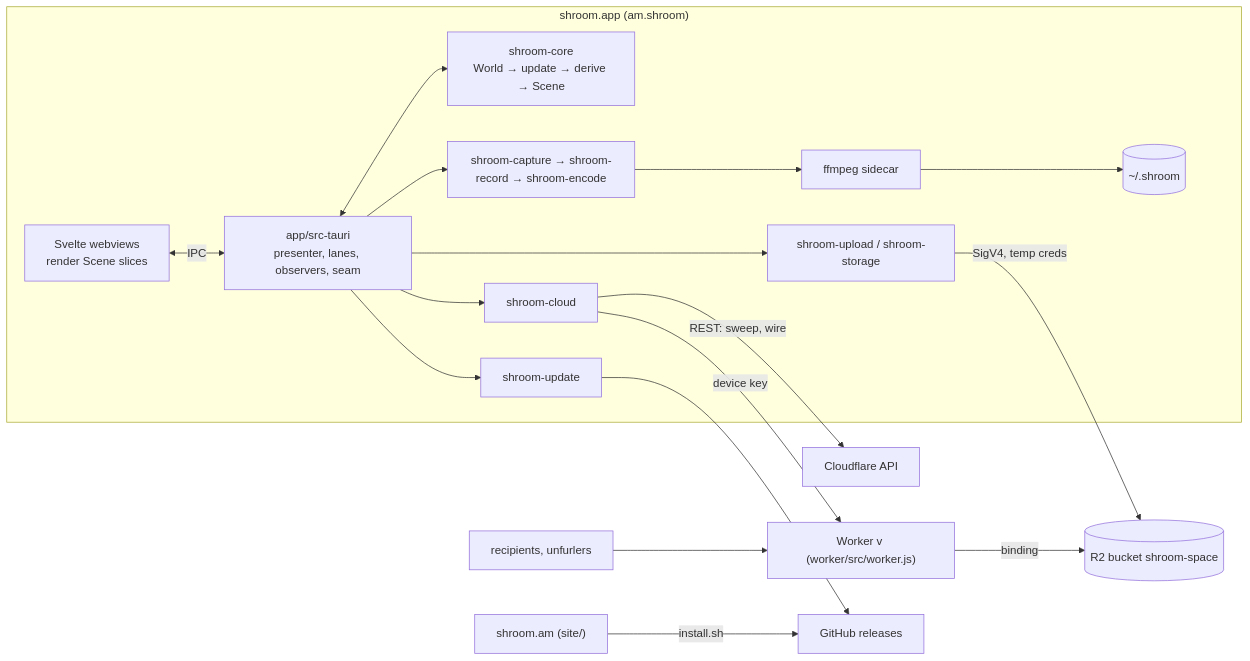
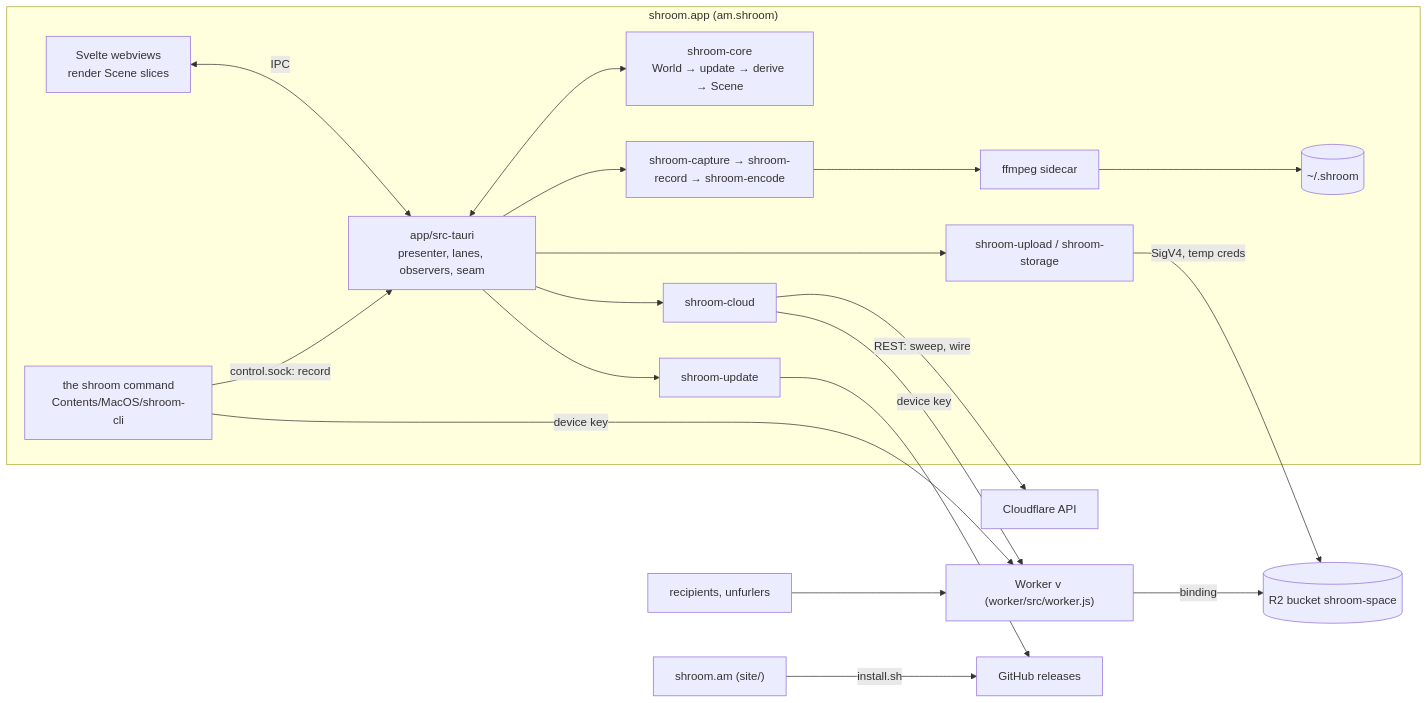
Before and after one commit to bagrat/shroom: the diagram in docs/ARCHITECTURE.md, drawn with Mermaid. The commit also changed other lines of this file and 3 other files, not shown here.

First line of the commit message:
docs: the shroom command in the architecture, the Worker's interface, the plan and the status

````diff
--- a/docs/ARCHITECTURE.md
+++ b/docs/ARCHITECTURE.md
@@ -30,18 +30,20 @@
 ```mermaid
 flowchart LR
   subgraph Mac["shroom.app (am.shroom)"]
     UI["Svelte webviews<br/>render Scene slices"] <-->|IPC| Shell["app/src-tauri<br/>presenter, lanes, observers, seam"]
     Shell <--> Core["shroom-core<br/>World → update → derive → Scene"]
     Shell --> Rec["shroom-capture → shroom-record → shroom-encode"] --> FF["ffmpeg sidecar"] --> Disk[("~/.shroom")]
     Shell --> Up["shroom-upload / shroom-storage"]
     Shell --> Cl["shroom-cloud"]
     Shell --> Upd["shroom-update"]
+    CLI["the shroom command<br/>Contents/MacOS/shroom-cli"] -->|control.sock: record| Shell
   end
+  CLI -->|device key| W
   Up -->|SigV4, temp creds| B[("R2 bucket shroom-space")]
   Cl -->|REST: sweep, wire| API["Cloudflare API"]
   Cl -->|device key| W["Worker v (worker/src/worker.js)"]
   W -->|binding| B
   R["recipients, unfurlers"] --> W
   Site["shroom.am (site/)"] -->|install.sh| GH["GitHub releases"]
   Upd --> GH
 ```
````
